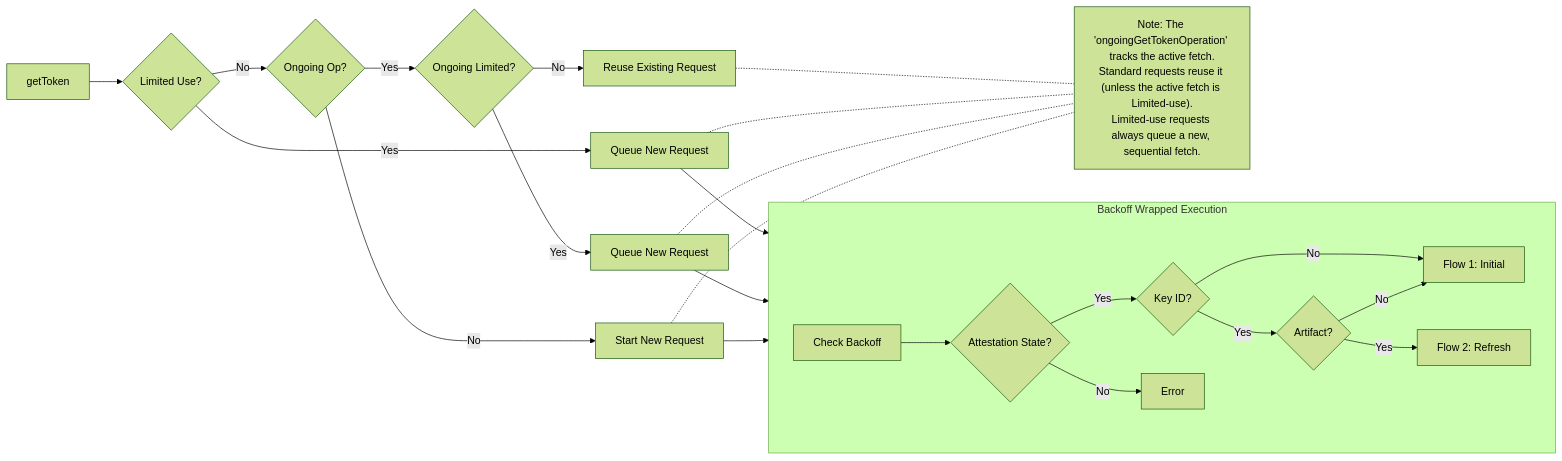
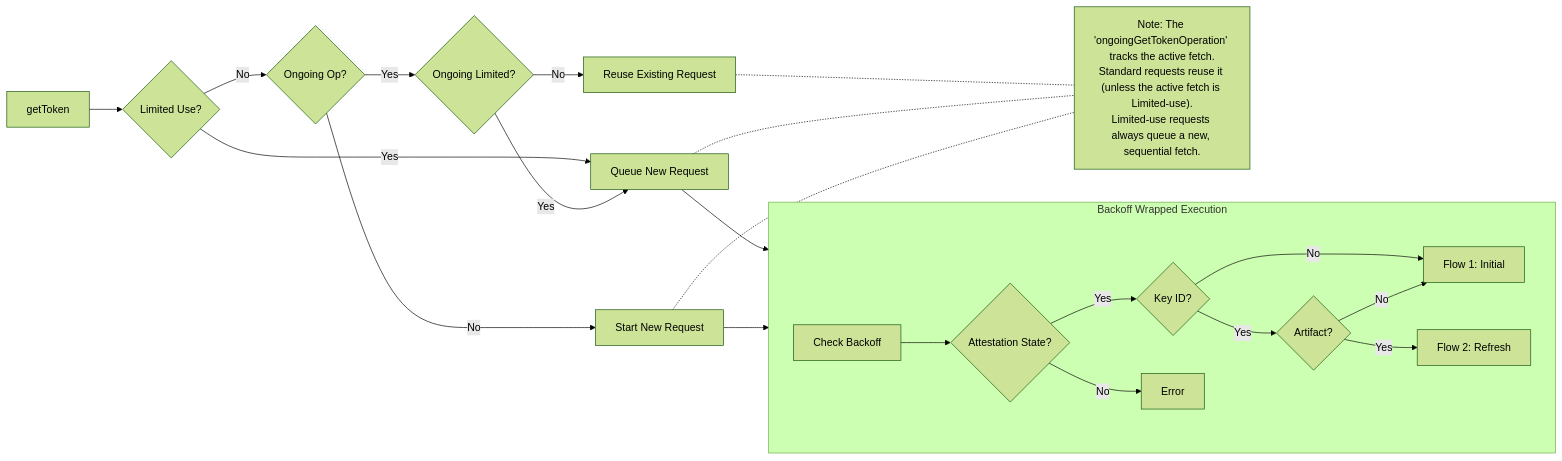
Before and after one commit to google/app-check: the first of 4 diagrams in docs/providers/app-attest.md, drawn with Mermaid (forest theme).

````diff
--- a/docs/providers/app-attest.md
+++ b/docs/providers/app-attest.md
@@ -56,41 +56,39 @@
 ```mermaid
 %%{init: {"flowchart": {"diagramPadding": 130}}}%%
 flowchart LR
     Start[getToken] --> CheckUse{Limited Use?}
     
     CheckUse -- Yes --> Queue1[Queue New Request]
     CheckUse -- No --> Coalesce{Ongoing Op?}
     
     Coalesce -- No --> StartNew[Start New Request]
     Coalesce -- Yes --> CheckOngoing{Ongoing Limited?}
     
-    CheckOngoing -- Yes --> Queue2[Queue New Request]
+    CheckOngoing -- Yes --> Queue1
     CheckOngoing -- No --> Reuse[Reuse Existing Request]
     
     subgraph Execution ["Backoff Wrapped Execution"]
         direction LR
         Backoff[Check Backoff]
         StateCheck{Attestation State?}
         
         Backoff --> StateCheck
         
         StateCheck -->|Yes| KeyCheck{Key ID?}
         
         KeyCheck -- No --> Flow1[Flow 1: Initial]
         KeyCheck -- Yes --> ArtifactCheck{Artifact?}
         
         ArtifactCheck -- No --> Flow1
         ArtifactCheck -- Yes --> Flow2[Flow 2: Refresh]
 
         StateCheck -->|No| Error[Error]
     end
 
     Queue1 --> Backoff
-    Queue2 --> Backoff
     StartNew --> Backoff
 
     Reuse -.- Footnote["Note: The 'ongoingGetTokenOperation' tracks the active fetch.<br/>Standard requests reuse it (unless the active fetch is Limited-use).<br/>Limited-use requests always queue a new, sequential fetch."]
     Queue1 -.- Footnote
-    Queue2 -.- Footnote
     StartNew -.- Footnote
 ```
````
